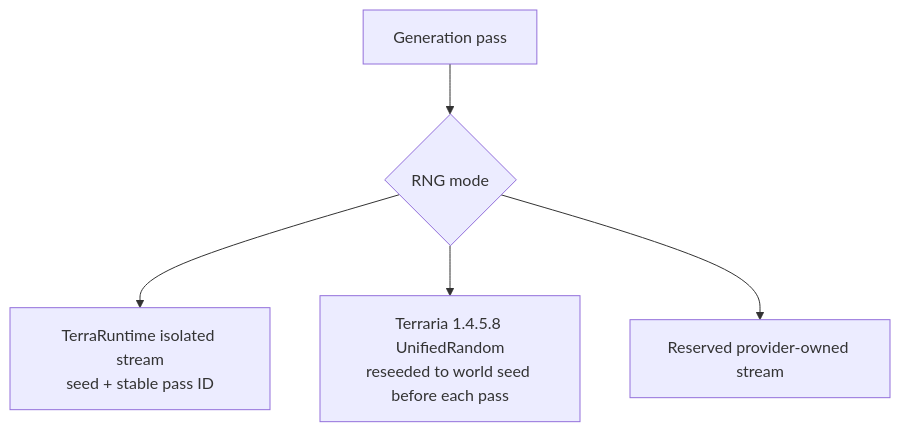
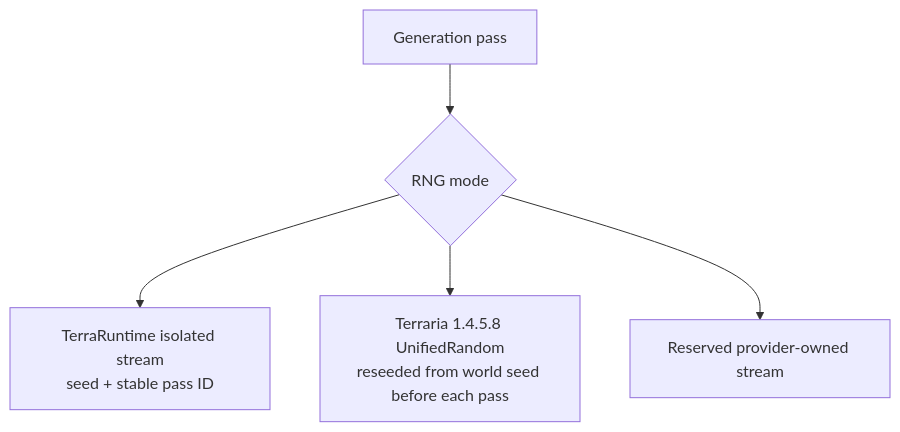
One commit to VegaKernel/TerraRuntime changed the third of 5 diagrams in docs/en/world-generation.md. Above: the diagram before and after it, drawn with Mermaid. The commit also changed other lines of this file, not shown here.

Commit message:
document built-in vanilla generation slice

````diff
--- a/docs/en/world-generation.md
+++ b/docs/en/world-generation.md
@@ -98,7 +111,7 @@
 ```mermaid
 flowchart TD
     Pass["Generation pass"] --> Mode{"RNG mode"}
     Mode --> Isolated["TerraRuntime isolated stream\nseed + stable pass ID"]
-    Mode --> Vanilla["Terraria 1.4.5.8 UnifiedRandom\nreseeded to world seed before each pass"]
+    Mode --> Vanilla["Terraria 1.4.5.8 UnifiedRandom\nreseeded from world seed before each pass"]
     Mode --> Custom["Reserved provider-owned stream"]
 ```
````
